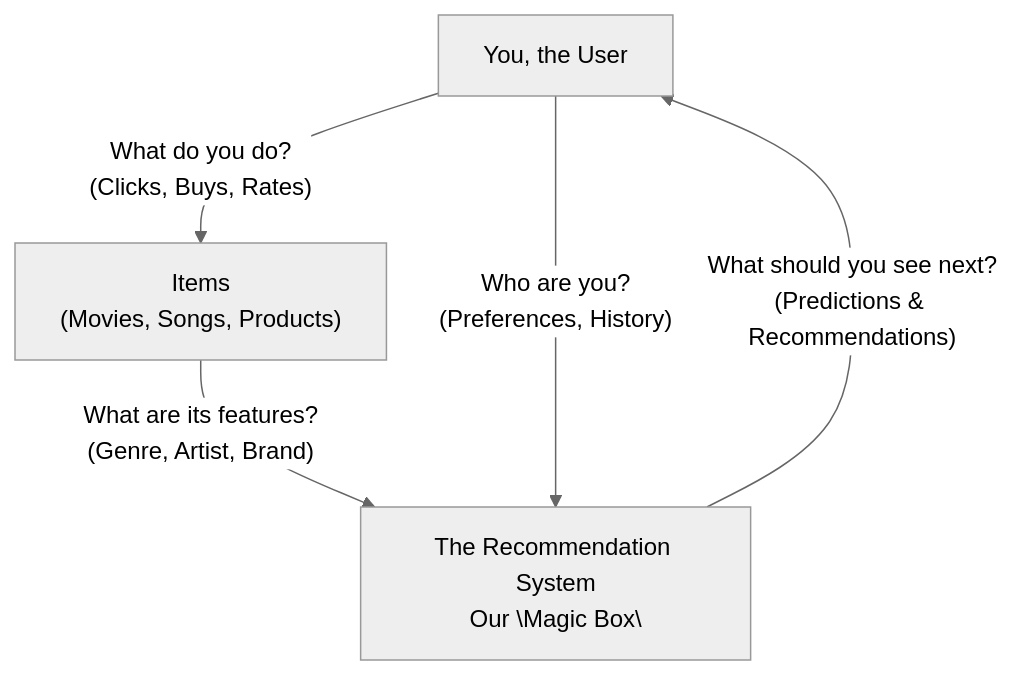
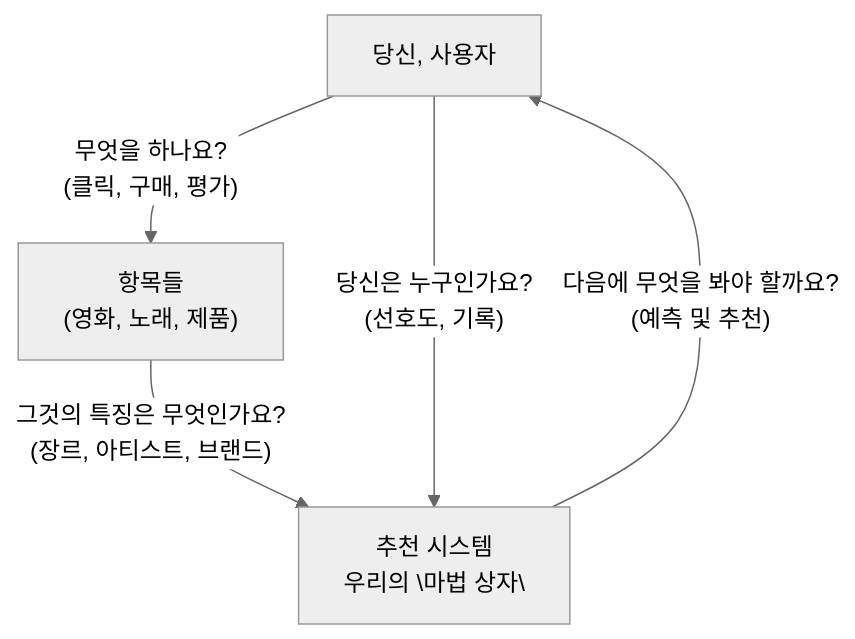
The second of 11 diagrams in ConstructivistLearningPath.md (gh-shin/suggest-models-example), drawn with Mermaid (neutral theme) before and after one commit. The commit also changed other lines of this file and 1 other file, not shown here.

````diff
--- a/ConstructivistLearningPath.md
+++ b/ConstructivistLearningPath.md
@@ -38,7 +38,7 @@
 ```mermaid
 graph TD
-    U["You, the User"] -->|"What do you do?\n(Clicks, Buys, Rates)"| I["Items\n(Movies, Songs, Products)"]
-    I -->|"What are its features?\n(Genre, Artist, Brand)"| S["The Recommendation System\nOur \"Magic Box\""]
-    U -->|"Who are you?\n(Preferences, History)"| S
-    S -->|"What should you see next?\n(Predictions & Recommendations)"| U
+    U["당신, 사용자"] -->|"무엇을 하나요?\n(클릭, 구매, 평가)"| I["항목들\n(영화, 노래, 제품)"]
+    I -->|"그것의 특징은 무엇인가요?\n(장르, 아티스트, 브랜드)"| S["추천 시스템\n우리의 \"마법 상자\""]
+    U -->|"당신은 누구인가요?\n(선호도, 기록)"| S
+    S -->|"다음에 무엇을 봐야 할까요?\n(예측 및 추천)"| U
 ```
````
